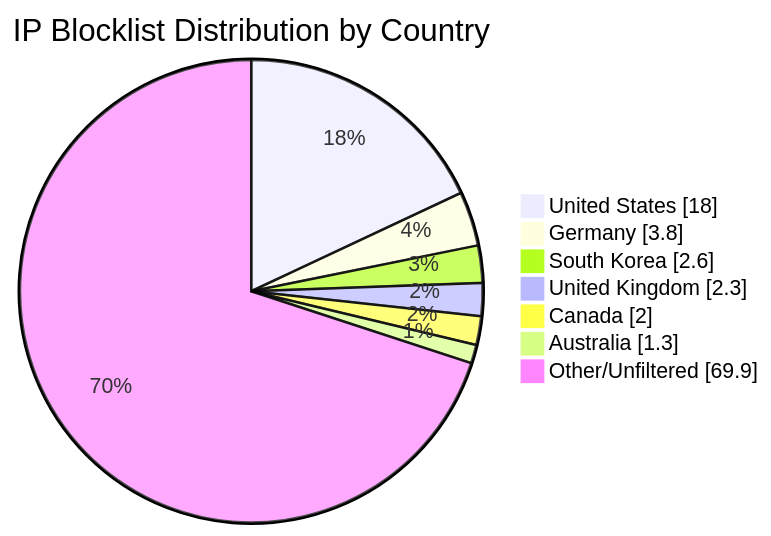
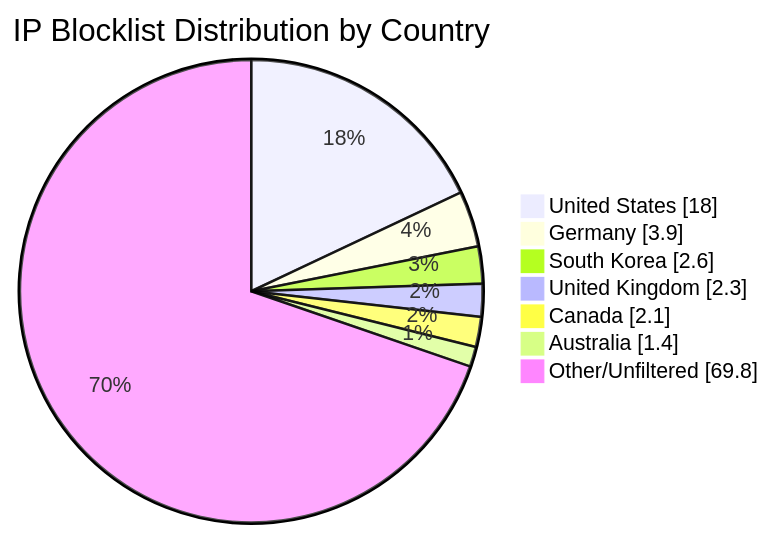
The diagram in README.md (MarcusHoltz/ipblocklist-geofiltered-aggregator), drawn with Mermaid before and after one commit. The commit also changed other lines of this file and 9 other files, not shown here.

````diff
--- a/README.md
+++ b/README.md
@@ -34,10 +34,10 @@
 ```mermaid
 pie showData title IP Blocklist Distribution by Country
 "United States" : 18.0
-"Germany" : 3.8
+"Germany" : 3.9
 "South Korea" : 2.6
 "United Kingdom" : 2.3
-"Canada" : 2.0
-"Australia" : 1.3
-"Other/Unfiltered" : 69.9
+"Canada" : 2.1
+"Australia" : 1.4
+"Other/Unfiltered" : 69.8
 ```
````
